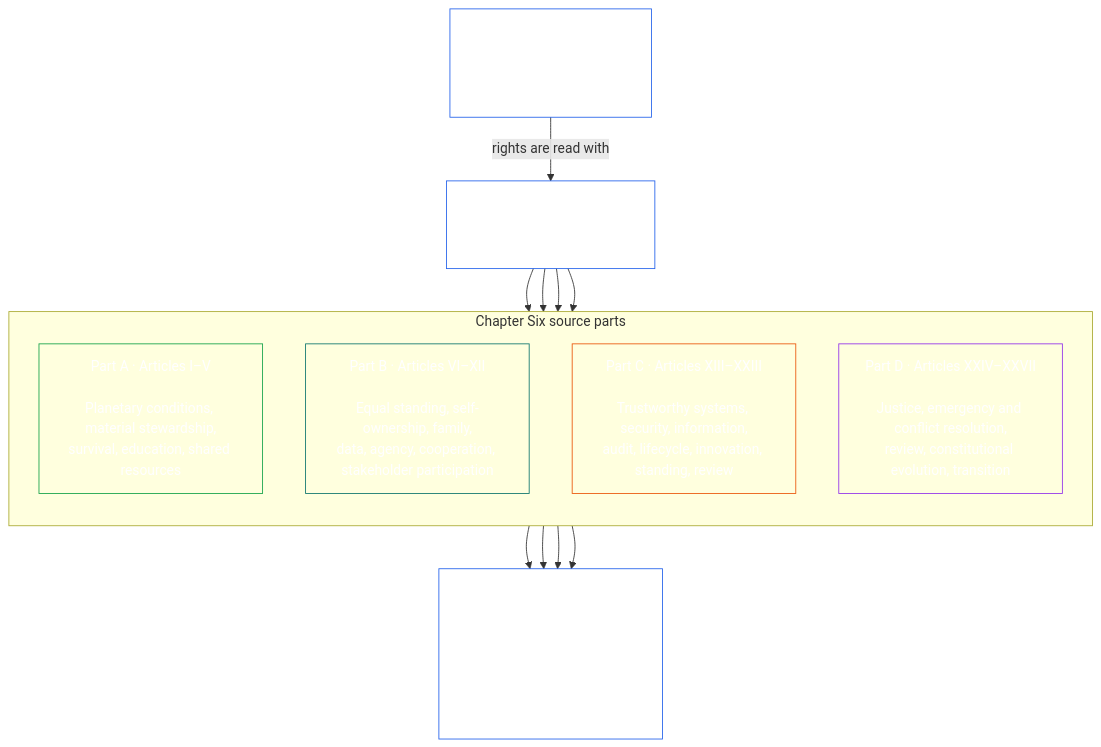
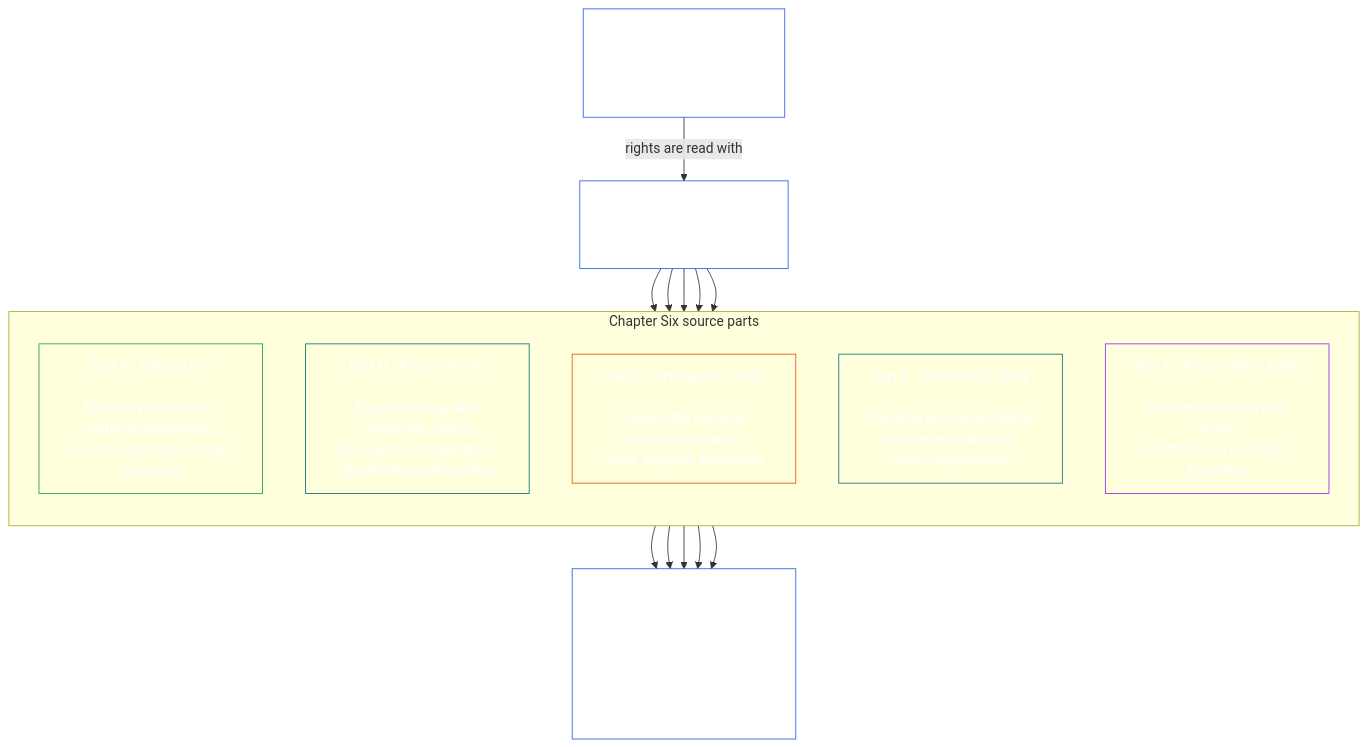
One commit to kfoelsch/Sentient_Constitution changed the first of 2 diagrams in core_06_rights_part_a.md. Above: the diagram before and after it, drawn with Mermaid. The commit also changed other lines of this file and 128 other files, not shown here.

First line of the commit message:
Restructure Chapter Six: justice article to XX, split Part C into C/D/E

````diff
--- a/core_06_rights_part_a.md
+++ b/core_06_rights_part_a.md
@@ -87,29 +88,33 @@
 ```mermaid
 flowchart TB
     T["Constitutional Tetrad<br/><br/>Two Constitutional Aims<br/>Scaled to material stake"]
     R["Chapter Six<br/><br/>Foundational Rights Floor"]
     subgraph Parts["Chapter Six source parts"]
         direction TB
         A["Part A · Articles I–V<br/><br/>Planetary conditions, material stewardship,<br/>survival, education, shared resources"]
         B["Part B · Articles VI–XII<br/><br/>Equal standing, self-ownership, family,<br/>data, agency, cooperation, stakeholder participation"]
-        C["Part C · Articles XIII–XXIII<br/><br/>Trustworthy systems, security, information,<br/>audit, lifecycle, innovation, standing, review"]
-        D["Part D · Articles XXIV–XXVII<br/><br/>Justice, emergency and conflict resolution,<br/>review, constitutional evolution, transition"]
+        C["Part C · Articles XIII–XVIII<br/><br/>Trustworthy systems, security, information,<br/>audit, lifecycle, innovation"]
+        D["Part D · Articles XIX–XXIV<br/><br/>Standing, justice, portability,<br/>comprehensibility, root cause, interpretation"]
+        E["Part E · Articles XXV–XXVII<br/><br/>Conflict resolution and review,<br/>constitutional evolution, transition"]
     end
     P["Later governance, measurement, certification,<br/><br/>forums, remedy, and implementation<br/>must respect the Rights Floor"]
     T -->|rights are read with| R
     R --> A
     R --> B
     R --> C
     R --> D
+    R --> E
     A --> P
     B --> P
     C --> P
     D --> P
+    E --> P
     style T fill:none,stroke:#2563eb,color:#ffffff
     style R fill:none,stroke:#2563eb,color:#ffffff
     style A fill:none,stroke:#16a34a,color:#ffffff
     style B fill:none,stroke:#0f766e,color:#ffffff
     style C fill:none,stroke:#ea580c,color:#ffffff
-    style D fill:none,stroke:#9333ea,color:#ffffff
+    style D fill:none,stroke:#0f766e,color:#ffffff
+    style E fill:none,stroke:#9333ea,color:#ffffff
     style P fill:none,stroke:#2563eb,color:#ffffff
 ```
````
